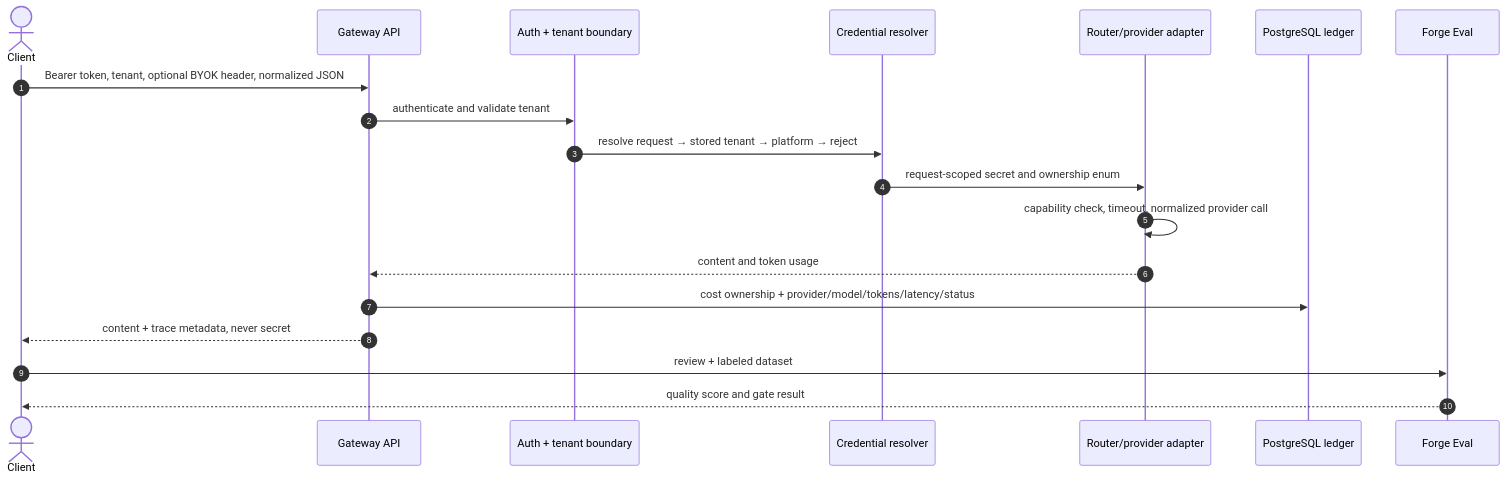
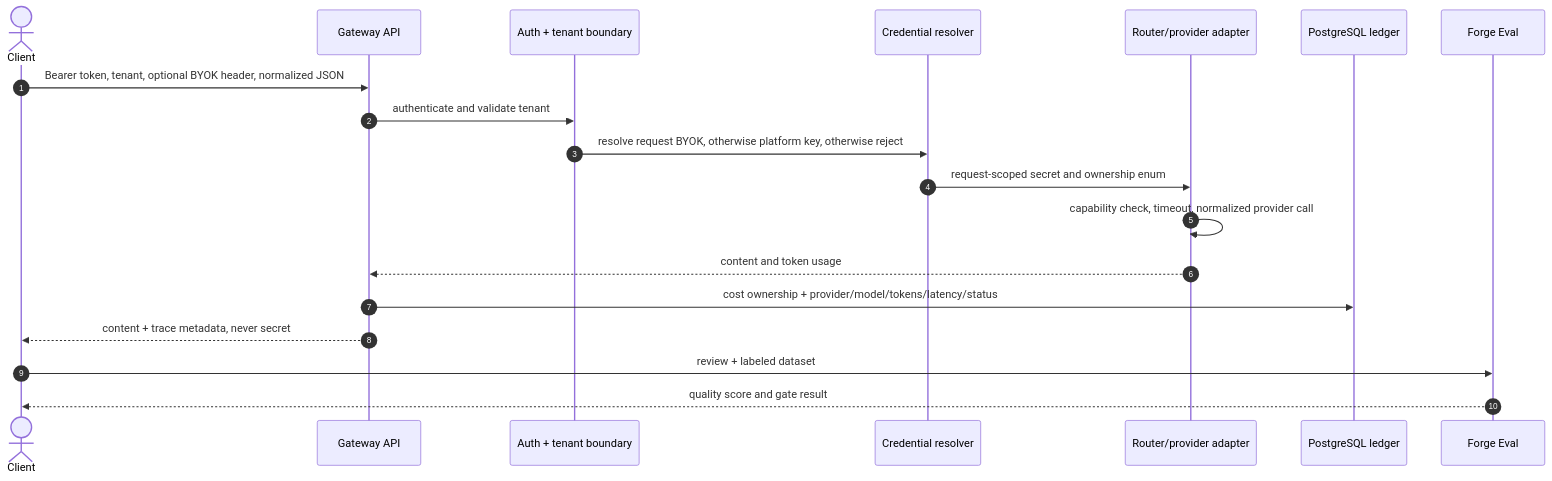
The second of 2 diagrams in README.md (Sidd-Tiwari/ForgeAI), drawn with Mermaid before and after one commit. The commit also changed other lines of this file and 3 other files, not shown here.

````diff
--- a/README.md
+++ b/README.md
@@ -95,21 +95,21 @@
 ```mermaid
 sequenceDiagram
   autonumber
   actor Client
   participant API as Gateway API
   participant Auth as Auth + tenant boundary
   participant Cred as Credential resolver
   participant Route as Router/provider adapter
   participant DB as PostgreSQL ledger
   participant Eval as Forge Eval
   Client->>API: Bearer token, tenant, optional BYOK header, normalized JSON
   API->>Auth: authenticate and validate tenant
-  Auth->>Cred: resolve request → stored tenant → platform → reject
+  Auth->>Cred: resolve request BYOK, otherwise platform key, otherwise reject
   Cred->>Route: request-scoped secret and ownership enum
   Route->>Route: capability check, timeout, normalized provider call
   Route-->>API: content and token usage
   API->>DB: cost ownership + provider/model/tokens/latency/status
   API-->>Client: content + trace metadata, never secret
   Client->>Eval: review + labeled dataset
   Eval-->>Client: quality score and gate result
 ```
````
